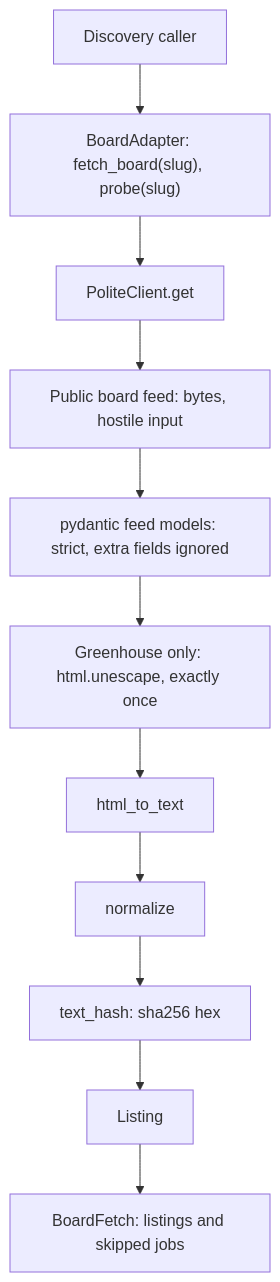
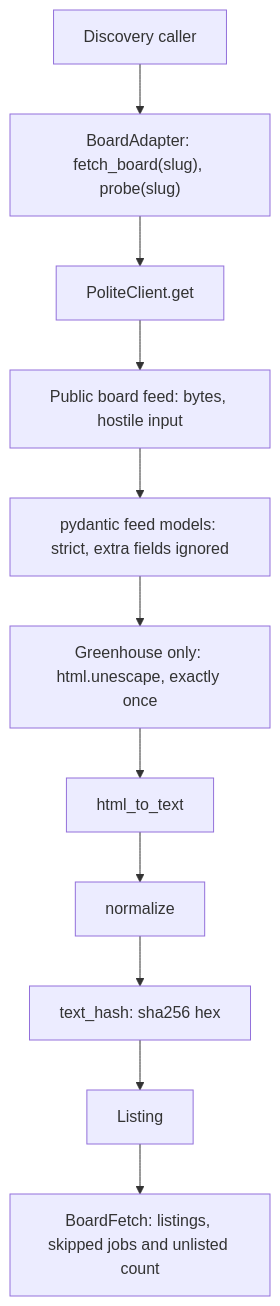
One commit to jpalicke/cypress-creek-job-board changed the third of 4 diagrams in docs/architecture.md. Above: the diagram before and after it, drawn with Mermaid. The commit also changed other lines of this file and 6 other files, not shown here.

````diff
--- a/docs/architecture.md
+++ b/docs/architecture.md
@@ -83,13 +83,13 @@
 ```mermaid
 flowchart TD
     caller[Discovery caller] --> adapter["BoardAdapter: fetch_board(slug), probe(slug)"]
     adapter --> client["PoliteClient.get"]
     client --> feed["Public board feed: bytes, hostile input"]
     feed --> schema["pydantic feed models: strict, extra fields ignored"]
     schema --> unescape["Greenhouse only: html.unescape, exactly once"]
     unescape --> text["html_to_text"]
     text --> norm["normalize"]
     norm --> hash["text_hash: sha256 hex"]
     hash --> listing["Listing"]
-    listing --> result["BoardFetch: listings and skipped jobs"]
+    listing --> result["BoardFetch: listings, skipped jobs and unlisted count"]
 ```
````
